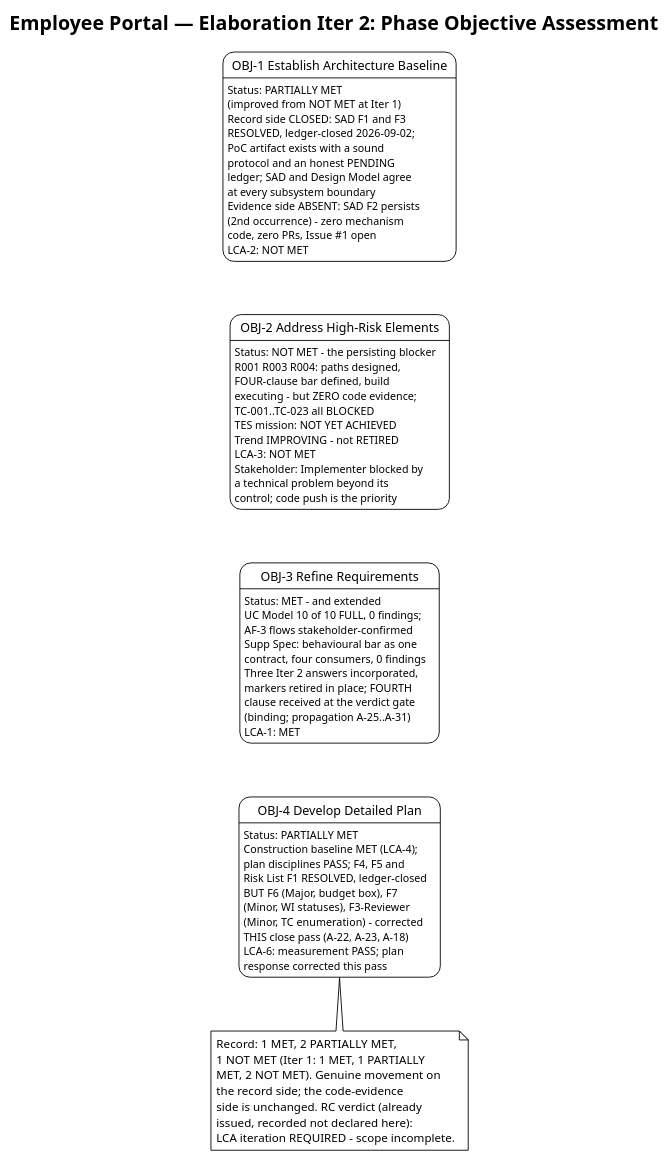
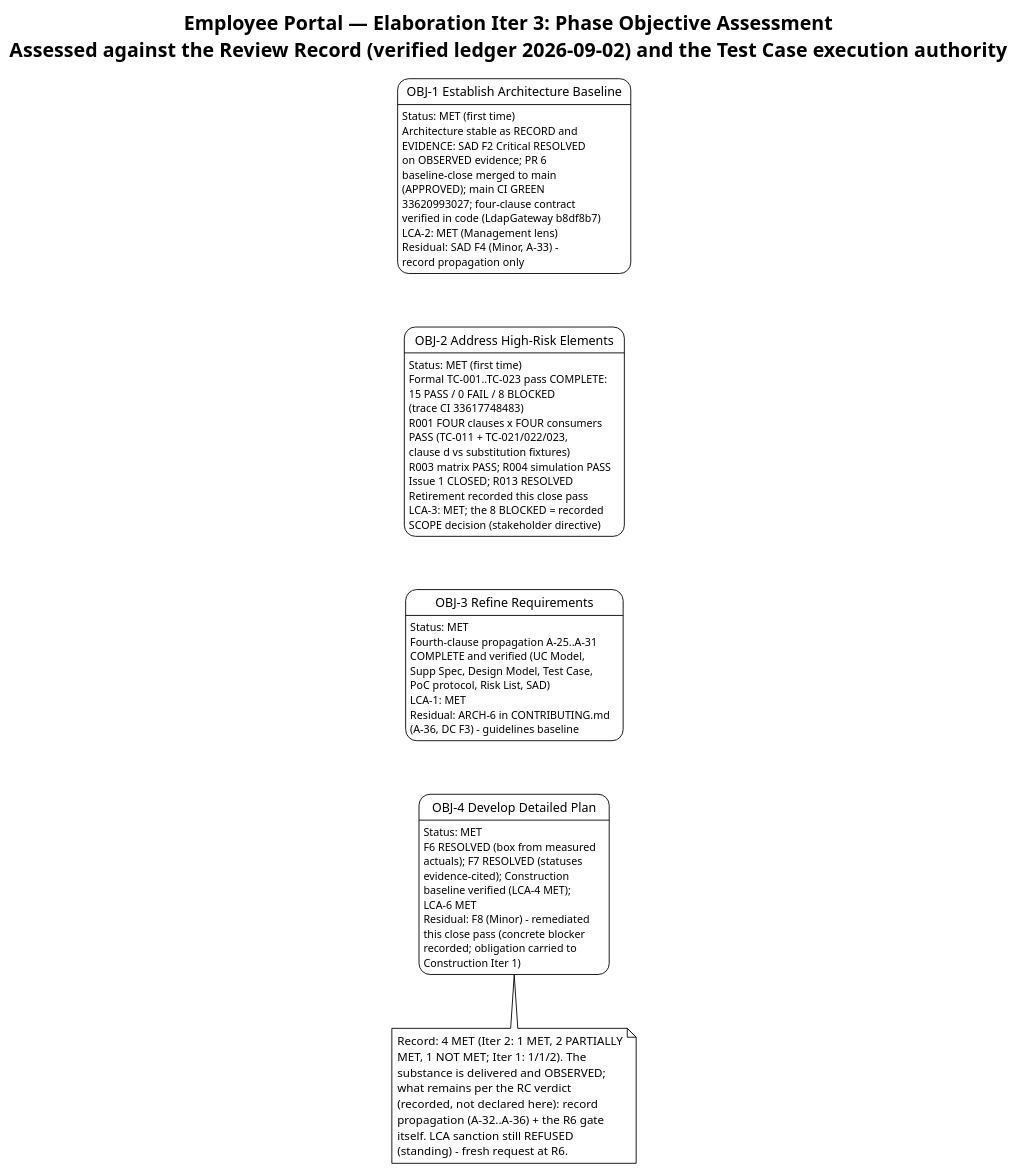
One commit to banense-test/employee-portal changed the first of 5 diagrams in docs/artifacts/project-management/iteration-assessment.md. Above: the diagram before and after it, drawn with PlantUML. The commit also changed other lines of this file, not shown here.

First line of the commit message:
Project Manager [E3]: upsert Iteration Assessment

````diff
--- a/docs/artifacts/project-management/iteration-assessment.md
+++ b/docs/artifacts/project-management/iteration-assessment.md
@@ -21,71 +21,70 @@
 ```plantuml
 @startuml
 !theme plain
-title Employee Portal — Elaboration Iter 2: Phase Objective Assessment
+title Employee Portal — Elaboration Iter 3: Phase Objective Assessment\nAssessed against the Review Record (verified ledger 2026-09-02) and the Test Case execution authority
 
 state "OBJ-1 Establish Architecture Baseline" as OBJ1 {
-  OBJ1 : Status: PARTIALLY MET
-  OBJ1 : (improved from NOT MET at Iter 1)
-  OBJ1 : Record side CLOSED: SAD F1 and F3
-  OBJ1 : RESOLVED, ledger-closed 2026-09-02;
-  OBJ1 : PoC artifact exists with a sound
-  OBJ1 : protocol and an honest PENDING
-  OBJ1 : ledger; SAD and Design Model agree
-  OBJ1 : at every subsystem boundary
-  OBJ1 : Evidence side ABSENT: SAD F2 persists
-  OBJ1 : (2nd occurrence) - zero mechanism
-  OBJ1 : code, zero PRs, Issue #1 open
-  OBJ1 : LCA-2: NOT MET
+  OBJ1 : Status: MET (first time)
+  OBJ1 : Architecture stable as RECORD and
+  OBJ1 : EVIDENCE: SAD F2 Critical RESOLVED
+  OBJ1 : on OBSERVED evidence; PR 6
+  OBJ1 : baseline-close merged to main
+  OBJ1 : (APPROVED); main CI GREEN
+  OBJ1 : 33620993027; four-clause contract
+  OBJ1 : verified in code (LdapGateway b8df8b7)
+  OBJ1 : LCA-2: MET (Management lens)
+  OBJ1 : Residual: SAD F4 (Minor, A-33) -
+  OBJ1 : record propagation only
 }
 state "OBJ-2 Address High-Risk Elements" as OBJ2 {
-  OBJ2 : Status: NOT MET - the persisting blocker
-  OBJ2 : R001 R003 R004: paths designed,
-  OBJ2 : FOUR-clause bar defined, build
-  OBJ2 : executing - but ZERO code evidence;
-  OBJ2 : TC-001..TC-023 all BLOCKED
-  OBJ2 : TES mission: NOT YET ACHIEVED
-  OBJ2 : Trend IMPROVING - not RETIRED
-  OBJ2 : LCA-3: NOT MET
-  OBJ2 : Stakeholder: Implementer blocked by
-  OBJ2 : a technical problem beyond its
-  OBJ2 : control; code push is the priority
+  OBJ2 : Status: MET (first time)
+  OBJ2 : Formal TC-001..TC-023 pass COMPLETE:
+  OBJ2 : 15 PASS / 0 FAIL / 8 BLOCKED
+  OBJ2 : (trace CI 33617748483)
+  OBJ2 : R001 FOUR clauses x FOUR consumers
+  OBJ2 : PASS (TC-011 + TC-021/022/023,
+  OBJ2 : clause d vs substitution fixtures)
+  OBJ2 : R003 matrix PASS; R004 simulation PASS
+  OBJ2 : Issue 1 CLOSED; R013 RESOLVED
+  OBJ2 : Retirement recorded this close pass
+  OBJ2 : LCA-3: MET; the 8 BLOCKED = recorded
+  OBJ2 : SCOPE decision (stakeholder directive)
 }
 state "OBJ-3 Refine Requirements" as OBJ3 {
-  OBJ3 : Status: MET - and extended
-  OBJ3 : UC Model 10 of 10 FULL, 0 findings;
-  OBJ3 : AF-3 flows stakeholder-confirmed
-  OBJ3 : Supp Spec: behavioural bar as one
-  OBJ3 : contract, four consumers, 0 findings
-  OBJ3 : Three Iter 2 answers incorporated,
-  OBJ3 : markers retired in place; FOURTH
-  OBJ3 : clause received at the verdict gate
-  OBJ3 : (binding; propagation A-25..A-31)
+  OBJ3 : Status: MET
+  OBJ3 : Fourth-clause propagation A-25..A-31
+  OBJ3 : COMPLETE and verified (UC Model,
+  OBJ3 : Supp Spec, Design Model, Test Case,
+  OBJ3 : PoC protocol, Risk List, SAD)
   OBJ3 : LCA-1: MET
+  OBJ3 : Residual: ARCH-6 in CONTRIBUTING.md
+  OBJ3 : (A-36, DC F3) - guidelines baseline
 }
 state "OBJ-4 Develop Detailed Plan" as OBJ4 {
-  OBJ4 : Status: PARTIALLY MET
-  OBJ4 : Construction baseline MET (LCA-4);
-  OBJ4 : plan disciplines PASS; F4, F5 and
-  OBJ4 : Risk List F1 RESOLVED, ledger-closed
-  OBJ4 : BUT F6 (Major, budget box), F7
-  OBJ4 : (Minor, WI statuses), F3-Reviewer
-  OBJ4 : (Minor, TC enumeration) - corrected
-  OBJ4 : THIS close pass (A-22, A-23, A-18)
-  OBJ4 : LCA-6: measurement PASS; plan
-  OBJ4 : response corrected this pass
+  OBJ4 : Status: MET
+  OBJ4 : F6 RESOLVED (box from measured
+  OBJ4 : actuals); F7 RESOLVED (statuses
+  OBJ4 : evidence-cited); Construction
+  OBJ4 : baseline verified (LCA-4 MET);
+  OBJ4 : LCA-6 MET
+  OBJ4 : Residual: F8 (Minor) - remediated
+  OBJ4 : this close pass (concrete blocker
+  OBJ4 : recorded; obligation carried to
+  OBJ4 : Construction Iter 1)
 }
 OBJ1 -[hidden]-> OBJ2
 OBJ2 -[hidden]-> OBJ3
 OBJ3 -[hidden]-> OBJ4
 
 note bottom of OBJ4
-  Record: 1 MET, 2 PARTIALLY MET,
-  1 NOT MET (Iter 1: 1 MET, 1 PARTIALLY
-  MET, 2 NOT MET). Genuine movement on
-  the record side; the code-evidence
-  side is unchanged. RC verdict (already
-  issued, recorded not declared here):
-  LCA iteration REQUIRED - scope incomplete.
+  Record: 4 MET (Iter 2: 1 MET, 2 PARTIALLY
+  MET, 1 NOT MET; Iter 1: 1/1/2). The
+  substance is delivered and OBSERVED;
+  what remains per the RC verdict
+  (recorded, not declared here): record
+  propagation (A-32..A-36) + the R6 gate
+  itself. LCA sanction still REFUSED
+  (standing) - fresh request at R6.
 end note
 @enduml
 ```
````
